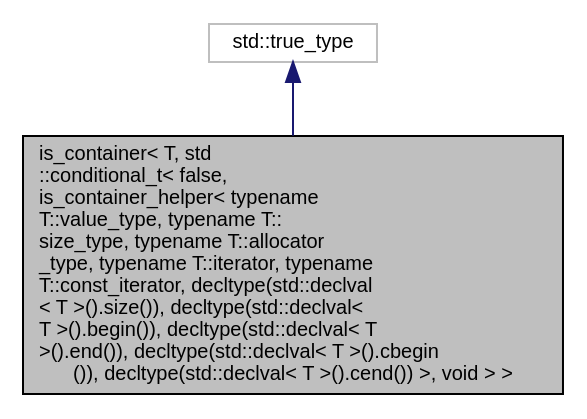
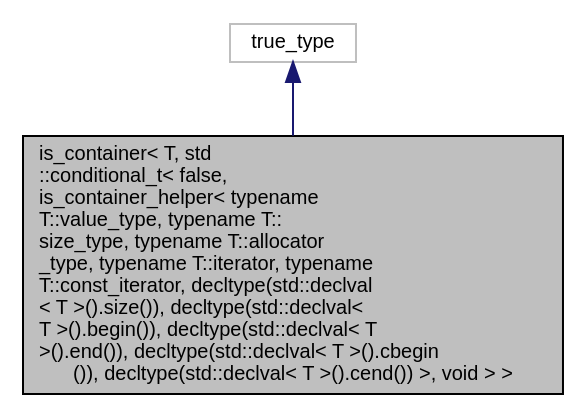
Before and after one commit to Rishat22/ConditionalIPAddressPrintingFunction: the diagram in structis__container_3_01T_00_01std_1_1conditional__t_3_01false_00_01is__container__helper_3_01tyb4d27c02b41ec0f432e2c35a861e7a38.dot, drawn with Graphviz. The commit also changed 45 other files, not shown here.

```diff
--- a/structis__container_3_01T_00_01std_1_1conditional__t_3_01false_00_01is__container__helper_3_01tyb4d27c02b41ec0f432e2c35a861e7a38.dot
+++ b/structis__container_3_01T_00_01std_1_1conditional__t_3_01false_00_01is__container__helper_3_01tyb4d27c02b41ec0f432e2c35a861e7a38.dot
@@ -1,9 +1,9 @@
 digraph "is_container&lt; T, std::conditional_t&lt; false, is_container_helper&lt; typename T::value_type, typename T::size_type, typename T::allocator_type, typename T::iterator, typename T::const_iterator, decltype(std::declval&lt; T &gt;().size()), decltype(std::declval&lt; T &gt;().begin()), decltype(std::declval&lt; T &gt;().end()), decltype(std::declval&lt; T &gt;().cbegin()), decltype(std::declval&lt; T &gt;().cend()) &gt;, void &gt; &gt;"
 {
  // LATEX_PDF_SIZE
   edge [fontname="Helvetica",fontsize="10",labelfontname="Helvetica",labelfontsize="10"];
   node [fontname="Helvetica",fontsize="10",shape=record];
   Node1 [label="is_container\< T, std\l::conditional_t\< false,\l is_container_helper\< typename\l T::value_type, typename T::\lsize_type, typename T::allocator\l_type, typename T::iterator, typename\l T::const_iterator, decltype(std::declval\l\< T \>().size()), decltype(std::declval\<\l T \>().begin()), decltype(std::declval\< T\l \>().end()), decltype(std::declval\< T \>().cbegin\l()), decltype(std::declval\< T \>().cend()) \>, void \> \>",height=0.2,width=0.4,color="black", fillcolor="grey75", style="filled", fontcolor="black",tooltip=" "];
   Node2 -> Node1 [dir="back",color="midnightblue",fontsize="10",style="solid",fontname="Helvetica"];
-  Node2 [label="std::true_type",height=0.2,width=0.4,color="grey75", fillcolor="white", style="filled",tooltip=" "];
+  Node2 [label="true_type",height=0.2,width=0.4,color="grey75", fillcolor="white", style="filled",tooltip=" "];
 }
```
